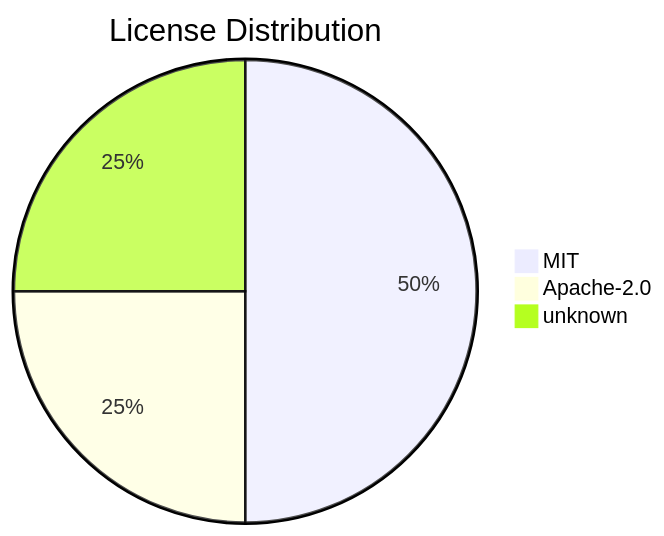
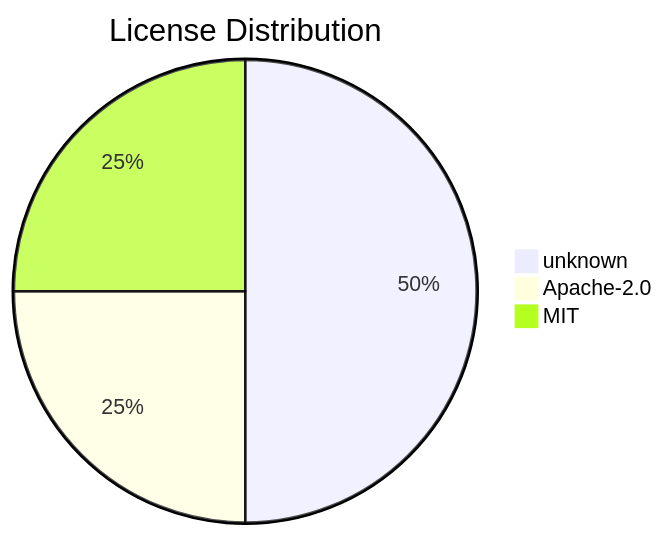
Before and after one commit to svenroth-ai/shipwright: the diagram in .shipwright/compliance/sbom.md, drawn with Mermaid. The commit also changed other lines of this file and 10 other files, not shown here.

````diff
--- a/.shipwright/compliance/sbom.md
+++ b/.shipwright/compliance/sbom.md
@@ -17,6 +17,6 @@
 ```mermaid
 pie title License Distribution
-    "MIT" : 4
+    "unknown" : 4
     "Apache-2.0" : 2
-    "unknown" : 2
+    "MIT" : 2
 ```
````
